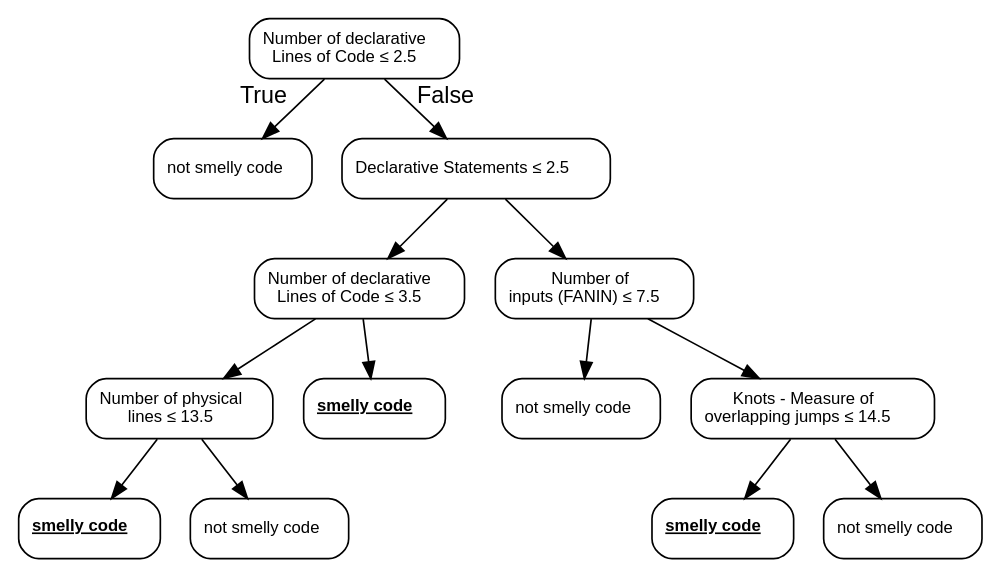
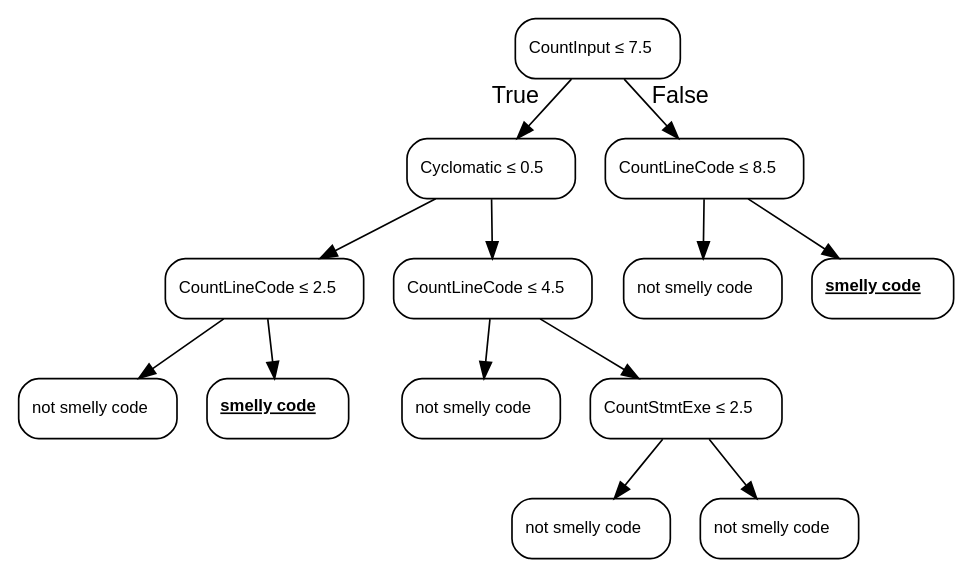
One commit to christianorossini/masterProject changed the diagram in artefatos/models/dt/lpl/dot/7_entropy.dot. Above: the diagram before and after it, drawn with Graphviz. The commit also changed 74 other files, not shown here.

```diff
--- a/artefatos/models/dt/lpl/dot/7_entropy.dot
+++ b/artefatos/models/dt/lpl/dot/7_entropy.dot
@@ -1,29 +1,29 @@
 digraph Tree {
 node [color="black", fontname=helvetica, shape=box, style="rounded", width=0.5, fontsize=10];
 edge [fontname=helvetica];
-0 [label=<Number of declarative<br/> Lines of Code &le; 2.5>];
-1 [label=<not smelly code>];
+0 [label=<CountInput &le; 7.5>];
+1 [label=<Cyclomatic &le; 0.5>];
 0 -> 1  [headlabel="True", labelangle=45, labeldistance="2.5"];
-2 [label=<Declarative Statements &le; 2.5>];
+3 [label=<CountLineCode &le; 2.5>];
+1 -> 3;
+5 [label=<not smelly code>];
+3 -> 5;
+6 [label=<<u><b>smelly code</b></u>>];
+3 -> 6;
+4 [label=<CountLineCode &le; 4.5>];
+1 -> 4;
+7 [label=<not smelly code>];
+4 -> 7;
+8 [label=<CountStmtExe &le; 2.5>];
+4 -> 8;
+9 [label=<not smelly code>];
+8 -> 9;
+10 [label=<not smelly code>];
+8 -> 10;
+2 [label=<CountLineCode &le; 8.5>];
 0 -> 2  [headlabel="False", labelangle="-45", labeldistance="2.5"];
-3 [label=<Number of declarative<br/> Lines of Code &le; 3.5>];
-2 -> 3;
-7 [label=<Number of physical<br/> lines &le; 13.5>];
-3 -> 7;
-9 [label=<<u><b>smelly code</b></u>>];
-7 -> 9;
-10 [label=<not smelly code>];
-7 -> 10;
-8 [label=<<u><b>smelly code</b></u>>];
-3 -> 8;
-4 [label=<Number of<br/> inputs (FANIN) &le; 7.5>];
-2 -> 4;
-5 [label=<not smelly code>];
-4 -> 5;
-6 [label=<Knots - Measure of <br/> overlapping jumps &le; 14.5>];
-4 -> 6;
-11 [label=<<u><b>smelly code</b></u>>];
-6 -> 11;
-12 [label=<not smelly code>];
-6 -> 12;
+11 [label=<not smelly code>];
+2 -> 11;
+12 [label=<<u><b>smelly code</b></u>>];
+2 -> 12;
 }
```
